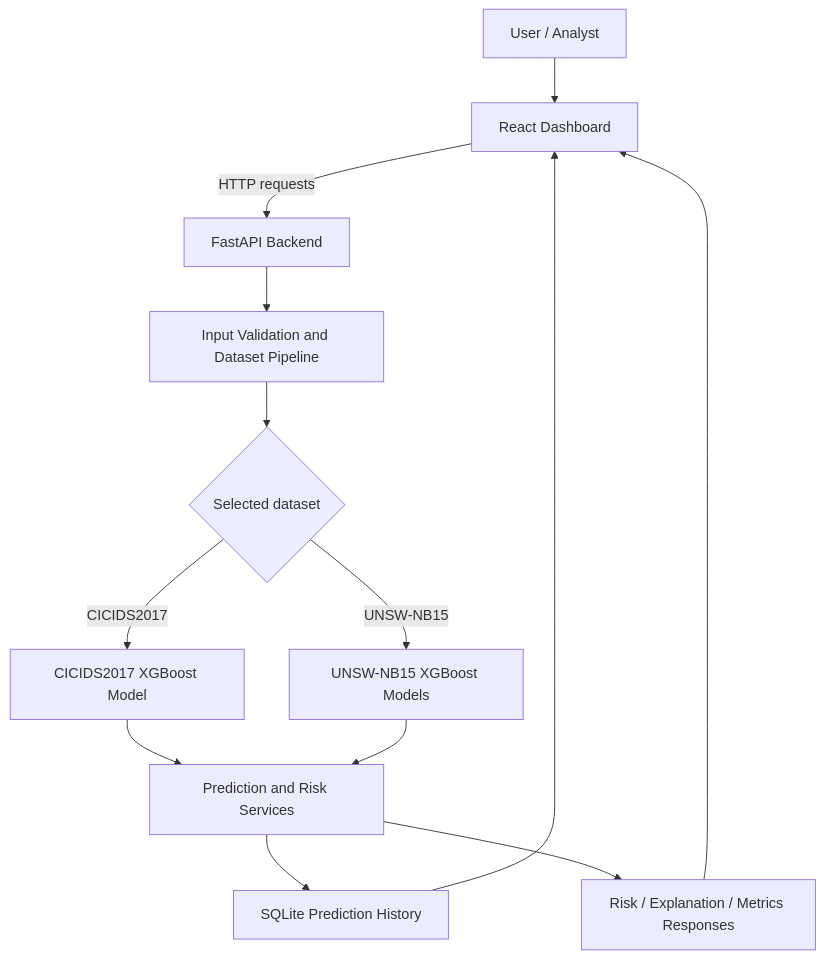
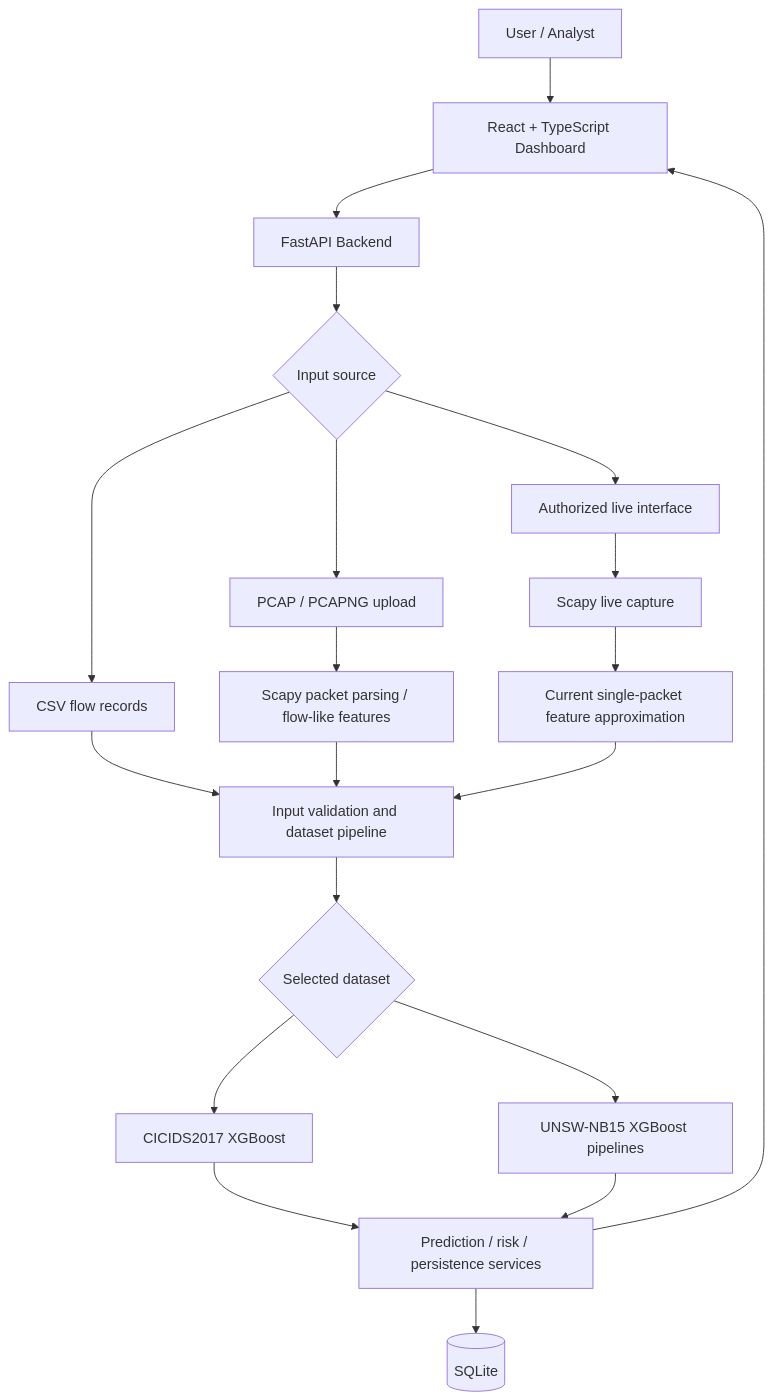
One commit to jainamdavda1-pixel/ML-Based-Cyber-Attack-Analysis-Prediction-and-Early-Warning-System changed the diagram in README.md. Above: the diagram before and after it, drawn with Mermaid. The commit also changed other lines of this file, not shown here.

````diff
--- a/README.md
+++ b/README.md
@@ -111,15 +86,22 @@
 ```mermaid
 flowchart TD
-    A[User / Analyst] --> B[React Dashboard]
-    B -->|HTTP requests| C[FastAPI Backend]
-    C --> D[Input Validation and Dataset Pipeline]
-    D --> E{Selected dataset}
-    E -->|CICIDS2017| F[CICIDS2017 XGBoost Model]
-    E -->|UNSW-NB15| G[UNSW-NB15 XGBoost Models]
-    F --> H[Prediction and Risk Services]
-    G --> H
-    H --> I[SQLite Prediction History]
-    H --> J[Risk / Explanation / Metrics Responses]
-    I --> B
-    J --> B
+    U[User / Analyst] --> FE[React + TypeScript Dashboard]
+    FE --> API[FastAPI Backend]
+    API --> INPUT{Input source}
+    INPUT --> CSV[CSV flow records]
+    INPUT --> PCAP[PCAP / PCAPNG upload]
+    INPUT --> LIVE[Authorized live interface]
+    CSV --> VALIDATE[Input validation and dataset pipeline]
+    PCAP --> PARSE[Scapy packet parsing / flow-like features]
+    LIVE --> CAPTURE[Scapy live capture]
+    PARSE --> VALIDATE
+    CAPTURE --> APPROX[Current single-packet feature approximation]
+    APPROX --> VALIDATE
+    VALIDATE --> MODEL{Selected dataset}
+    MODEL --> CICIDS[CICIDS2017 XGBoost]
+    MODEL --> UNSW[UNSW-NB15 XGBoost pipelines]
+    CICIDS --> RESULT[Prediction / risk / persistence services]
+    UNSW --> RESULT
+    RESULT --> DB[(SQLite)]
+    RESULT --> FE
 ```
````
